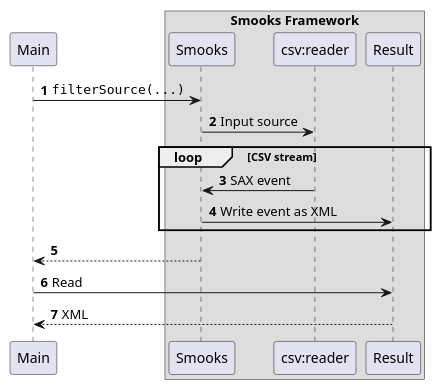
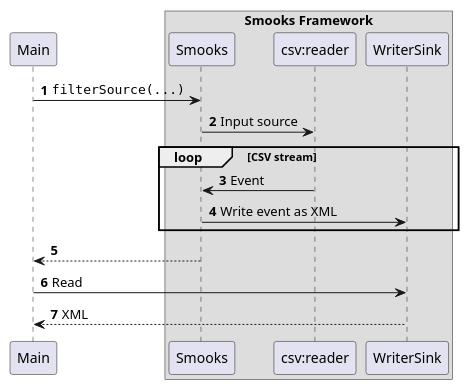
Before and after one commit to smooks/smooks-examples: the diagram in csv-to-xml/docs/csv-to-xml.puml, drawn with PlantUML. The commit also changed 58 other files, not shown here.

```diff
--- a/csv-to-xml/docs/csv-to-xml.puml
+++ b/csv-to-xml/docs/csv-to-xml.puml
@@ -1,19 +1,19 @@
 @startuml
 participant Main
 box Smooks Framework
 participant Smooks
 participant "csv:reader"
-participant Result
+participant WriterSink
 end box
 autonumber
 
 Main -> Smooks : ""filterSource(...)""
 Smooks -> "csv:reader": Input source
 loop CSV stream
-    Smooks <- "csv:reader": SAX event
-    Smooks -> Result: Write event as XML
+    Smooks <- "csv:reader": Event
+    Smooks -> WriterSink: Write event as XML
 end
 Smooks --> Main
-Main -> Result: Read
-Result --> Main: XML
+Main -> WriterSink: Read
+WriterSink --> Main: XML
 @enduml
```
